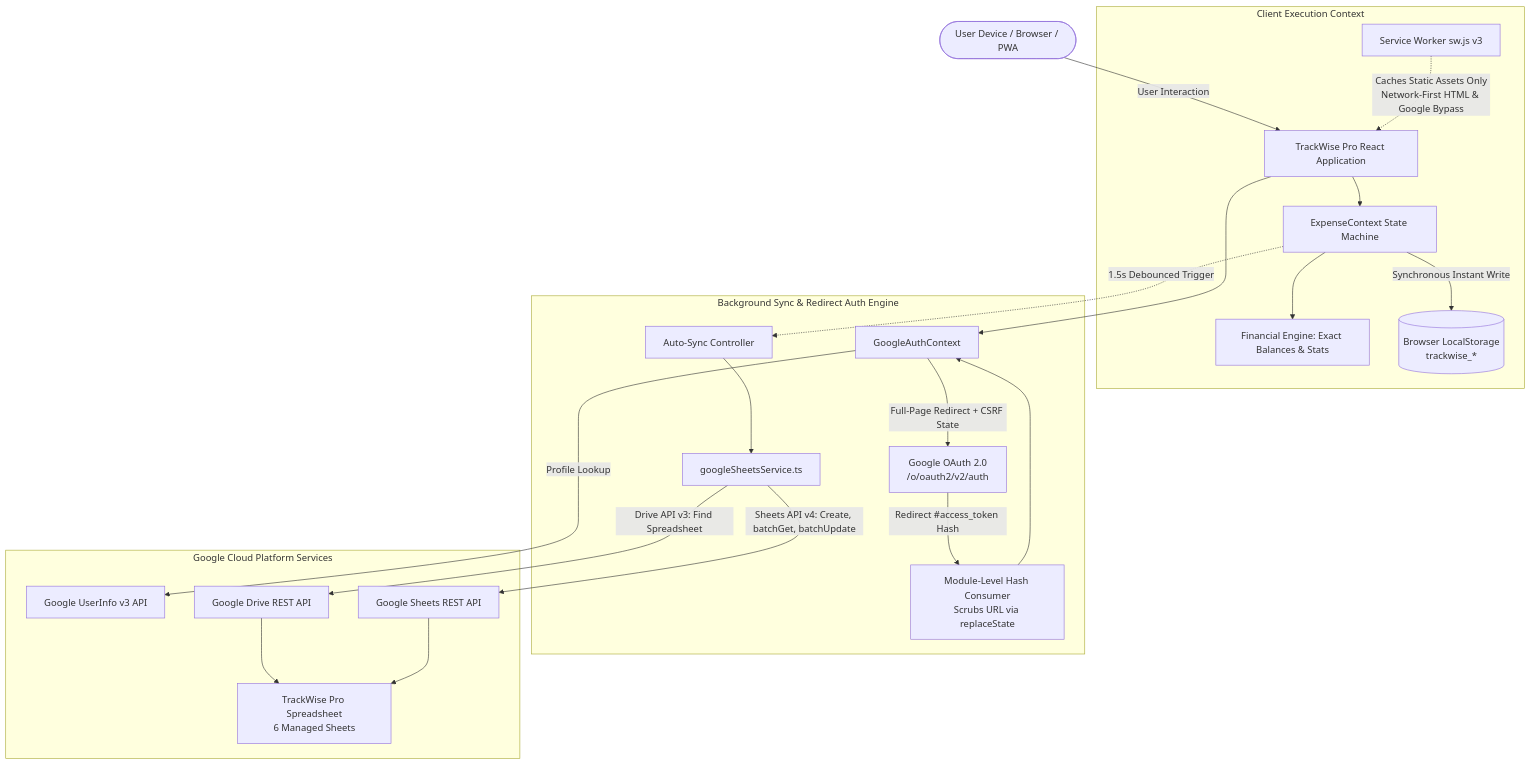
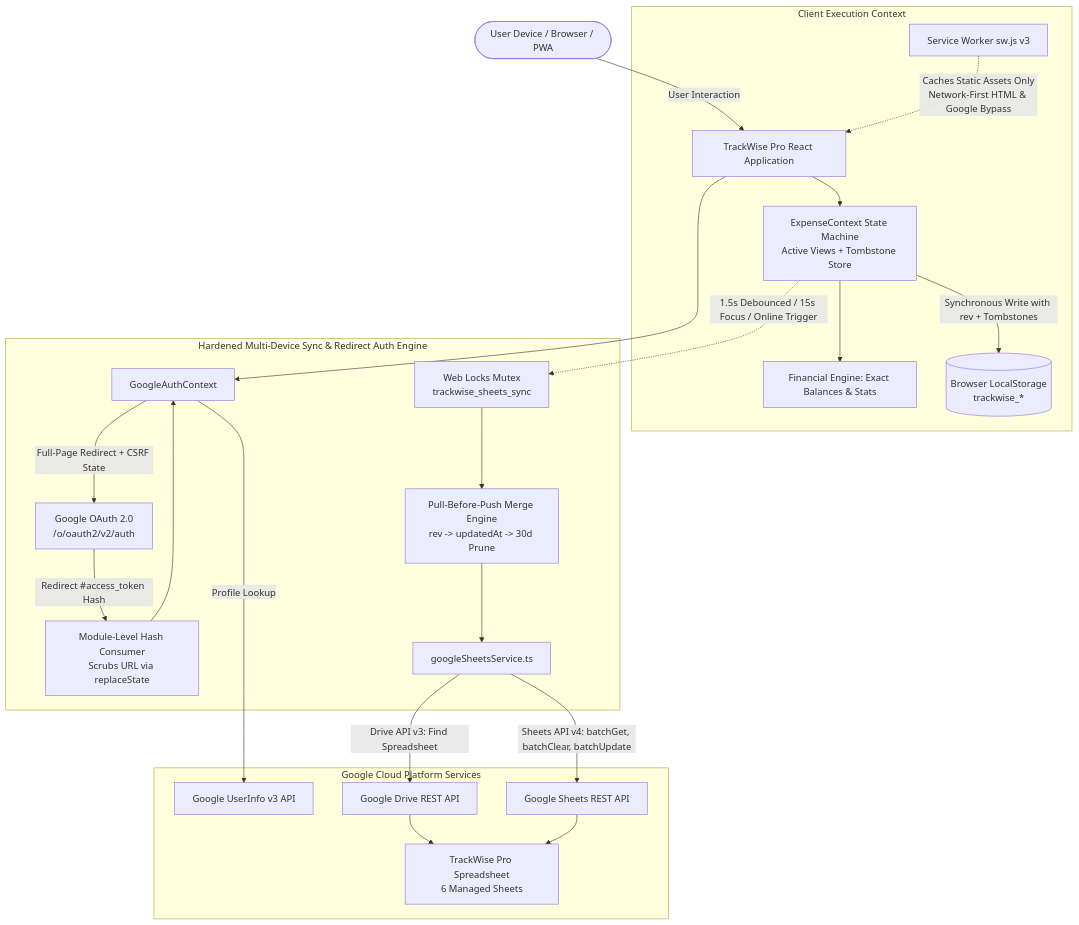
Before and after one commit to pranavtvarshan-stack/trackwise: the diagram in PROJECT_DOCS.md, drawn with Mermaid. The commit also changed other lines of this file and 7 other files, not shown here.

Commit message:
feat(sync): harden multi-device sync with rev tracking, tombstones, pull-before-push merge, Web Locks mutex & focus sync

````diff
--- a/PROJECT_DOCS.md
+++ b/PROJECT_DOCS.md
@@ -158,29 +158,30 @@
 ```mermaid
 flowchart TD
     User([User Device / Browser / PWA]) -->|User Interaction| ReactApp[TrackWise Pro React Application]
     
     subgraph ClientLayer [Client Execution Context]
-        ReactApp --> StateEngine[ExpenseContext State Machine]
+        ReactApp --> StateEngine[ExpenseContext State Machine\nActive Views + Tombstone Store]
         StateEngine --> Calculation[Financial Engine: Exact Balances & Stats]
-        StateEngine -->|Synchronous Instant Write| LocalStore[(Browser LocalStorage\ntrackwise_*)]
+        StateEngine -->|Synchronous Write with rev + Tombstones| LocalStore[(Browser LocalStorage\ntrackwise_*)]
         
         SW[Service Worker sw.js v3] -.->|Caches Static Assets Only\nNetwork-First HTML & Google Bypass| ReactApp
     end
 
-    subgraph SyncEngine [Background Sync & Redirect Auth Engine]
+    subgraph SyncEngine [Hardened Multi-Device Sync & Redirect Auth Engine]
         ReactApp --> AuthContext[GoogleAuthContext]
         AuthContext -->|Full-Page Redirect + CSRF State| OAuthEndpoint[Google OAuth 2.0\n/o/oauth2/v2/auth]
         OAuthEndpoint -->|Redirect #access_token Hash| HashParser[Module-Level Hash Consumer\nScrubs URL via replaceState]
         HashParser --> AuthContext
-        StateEngine -.->|1.5s Debounced Trigger| SyncDispatch[Auto-Sync Controller]
-        SyncDispatch --> GoogleSheetsClient[googleSheetsService.ts]
+        StateEngine -.->|1.5s Debounced / 15s Focus / Online Trigger| Mutex[Web Locks Mutex\ntrackwise_sheets_sync]
+        Mutex --> MergeEngine[Pull-Before-Push Merge Engine\nrev -> updatedAt -> 30d Prune]
+        MergeEngine --> GoogleSheetsClient[googleSheetsService.ts]
     end
 
     subgraph GoogleCloud [Google Cloud Platform Services]
         AuthContext -->|Profile Lookup| UserInfoAPI[Google UserInfo v3 API]
         GoogleSheetsClient -->|Drive API v3: Find Spreadsheet| DriveAPI[Google Drive REST API]
-        GoogleSheetsClient -->|Sheets API v4: Create, batchGet, batchUpdate| SheetsAPI[Google Sheets REST API]
+        GoogleSheetsClient -->|Sheets API v4: batchGet, batchClear, batchUpdate| SheetsAPI[Google Sheets REST API]
         DriveAPI --> TargetSheet[TrackWise Pro Spreadsheet\n6 Managed Sheets]
         SheetsAPI --> TargetSheet
     end
 ```
````
